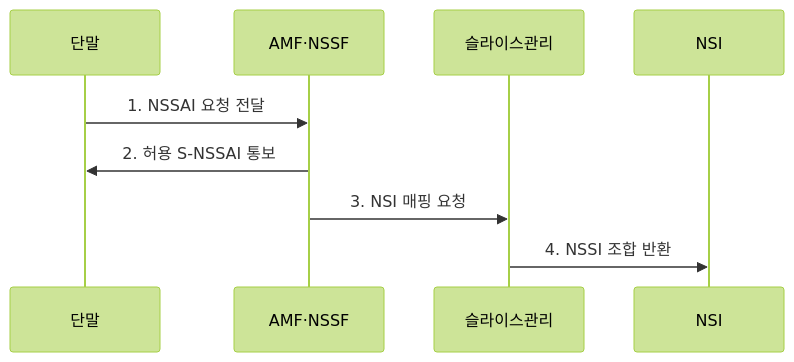
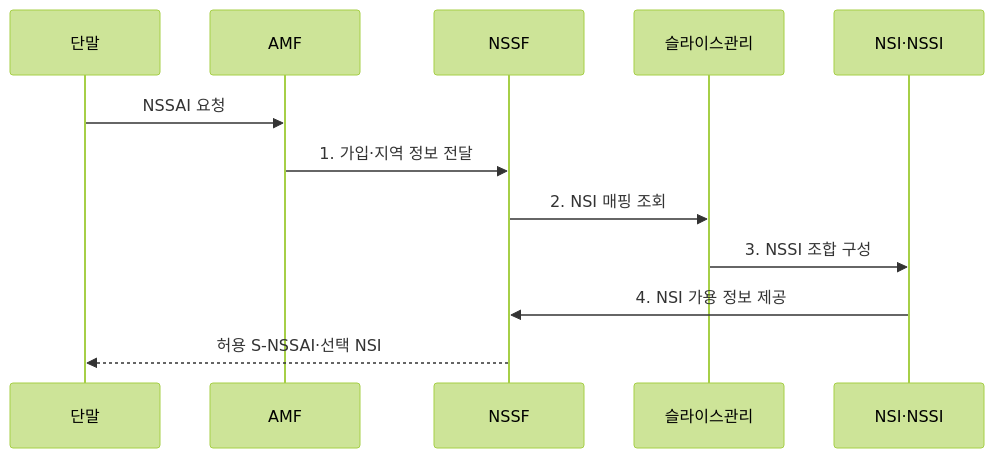
Before and after one commit to agnusdei1207/knowledge-base: the second of 2 diagrams in src/content/docs/notes/04-network/040_nssai_nsi_nssi.md, drawn with Mermaid (forest theme). The commit also changed other lines of this file and 20 other files, not shown here.

````diff
--- a/src/content/docs/notes/04-network/040_nssai_nsi_nssi.md
+++ b/src/content/docs/notes/04-network/040_nssai_nsi_nssi.md
@@ -78,11 +75,14 @@
 ```mermaid
 sequenceDiagram
     participant 단말
-    participant AMF·NSSF
+    participant AMF
+    participant NSSF
     participant 슬라이스관리
-    participant NSI
-    단말->>AMF·NSSF: 1. NSSAI 요청 전달
-    AMF·NSSF->>단말: 2. 허용 S-NSSAI 통보
-    AMF·NSSF->>슬라이스관리: 3. NSI 매핑 요청
-    슬라이스관리->>NSI: 4. NSSI 조합 반환
+    participant NSI·NSSI
+    단말->>AMF: NSSAI 요청
+    AMF->>NSSF: 1. 가입·지역 정보 전달
+    NSSF->>슬라이스관리: 2. NSI 매핑 조회
+    슬라이스관리->>NSI·NSSI: 3. NSSI 조합 구성
+    NSI·NSSI->>NSSF: 4. NSI 가용 정보 제공
+    NSSF-->>단말: 허용 S-NSSAI·선택 NSI
 ```
````
